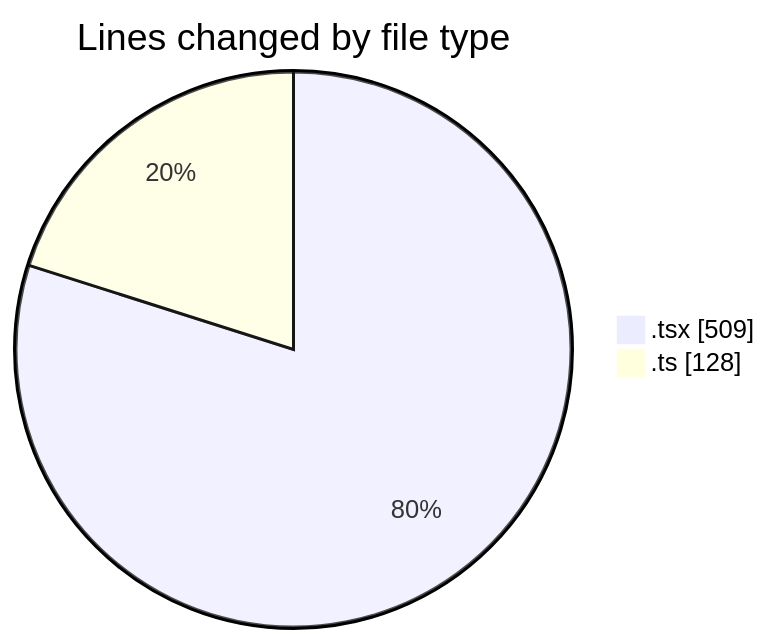
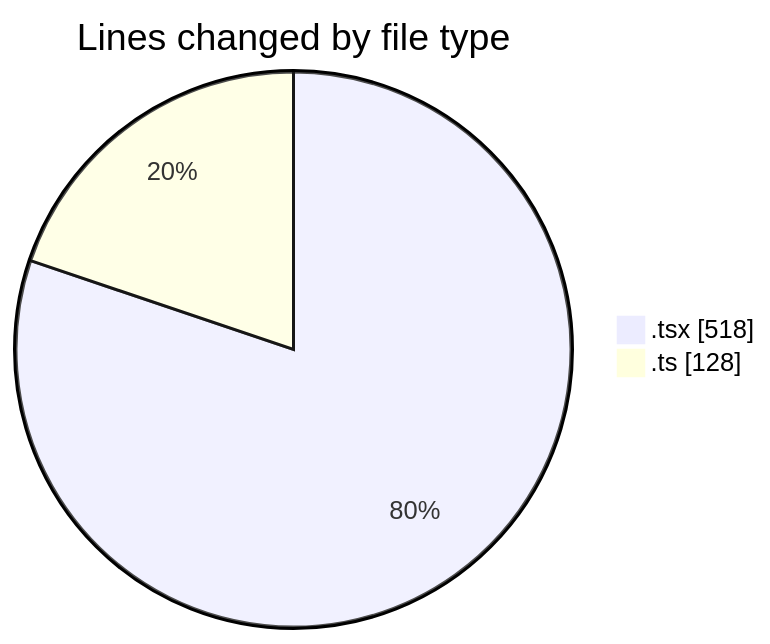
Before and after one commit to nxtqubesakshisongat/code-tracking: the first of 2 diagrams in 2026-04-20/airfeed-analytics-dashboard/README.md, drawn with Mermaid. The commit also changed other lines of this file and 1 other file, not shown here.

````diff
--- a/2026-04-20/airfeed-analytics-dashboard/README.md
+++ b/2026-04-20/airfeed-analytics-dashboard/README.md
@@ -23,6 +23,6 @@
 ```mermaid
 pie showData
 title Lines changed by file type
-".tsx" : 509
+".tsx" : 518
 ".ts" : 128
 ```
````
